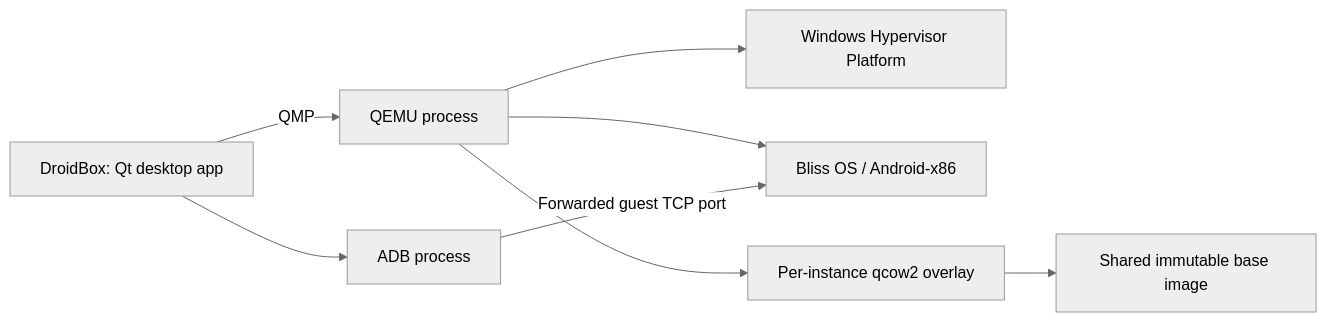
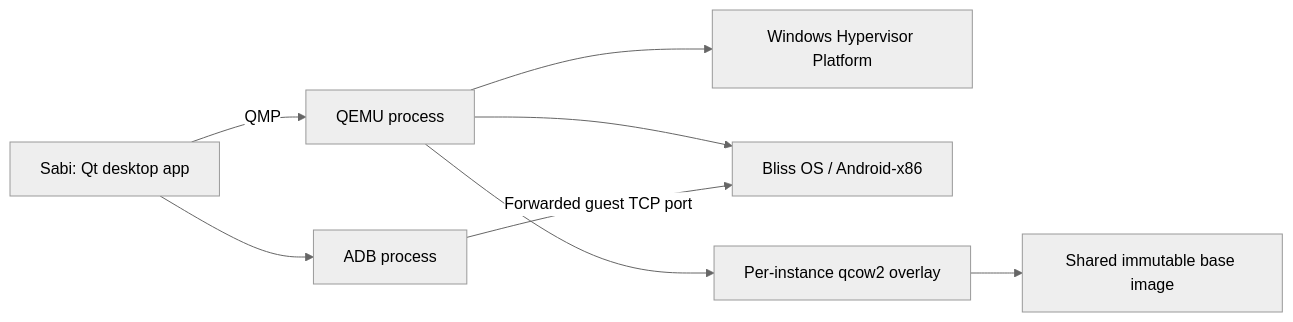
One commit to ABHIJEET5413/EMULATOR- changed the diagram in README.md. Above: the diagram before and after it, drawn with Mermaid (neutral theme). The commit also changed other lines of this file and 20 other files, not shown here.

````diff
--- a/README.md
+++ b/README.md
@@ -94,10 +94,10 @@
 ```mermaid
 flowchart LR
-    Host["DroidBox: Qt desktop app"] -->|QMP| QEMU["QEMU process"]
+    Host["Sabi: Qt desktop app"] -->|QMP| QEMU["QEMU process"]
     Host --> ADB["ADB process"]
     QEMU --> WHPX["Windows Hypervisor Platform"]
     QEMU --> Guest["Bliss OS / Android-x86"]
     ADB -->|Forwarded guest TCP port| Guest
     QEMU --> Overlay["Per-instance qcow2 overlay"]
     Overlay --> Base["Shared immutable base image"]
 ```
````
